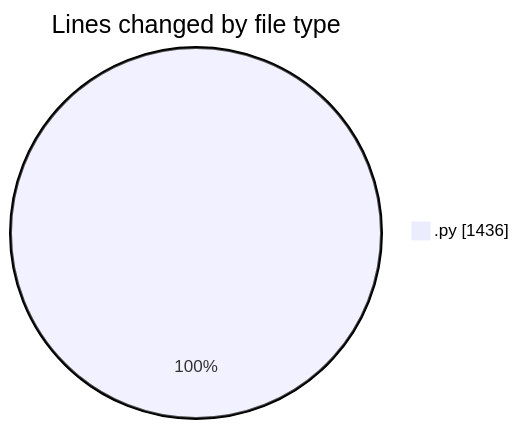
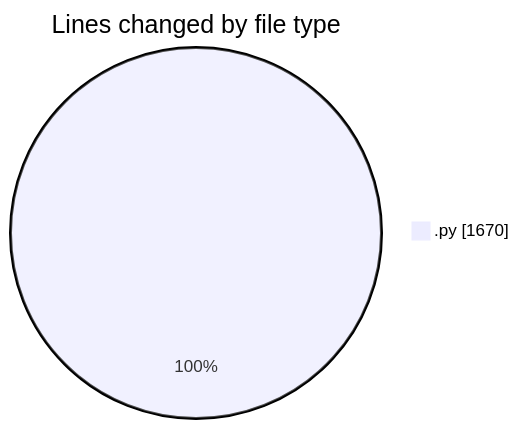
Before and after one commit to julien-gomy/code-tracking: the first of 2 diagrams in 2025-11-19/eventscop-api-guide__workspace_/README.md, drawn with Mermaid. The commit also changed other lines of this file and 1 other file, not shown here.

````diff
--- a/2025-11-19/eventscop-api-guide__workspace_/README.md
+++ b/2025-11-19/eventscop-api-guide__workspace_/README.md
@@ -23,5 +23,5 @@
 ```mermaid
 pie showData
 title Lines changed by file type
-".py" : 1436
+".py" : 1670
 ```
````
